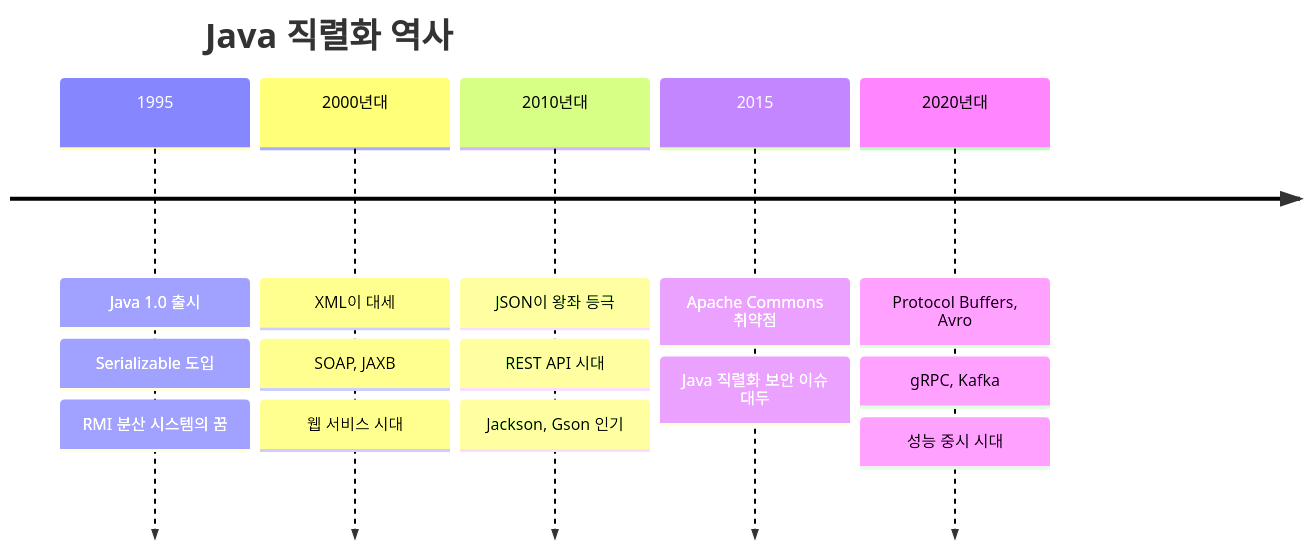
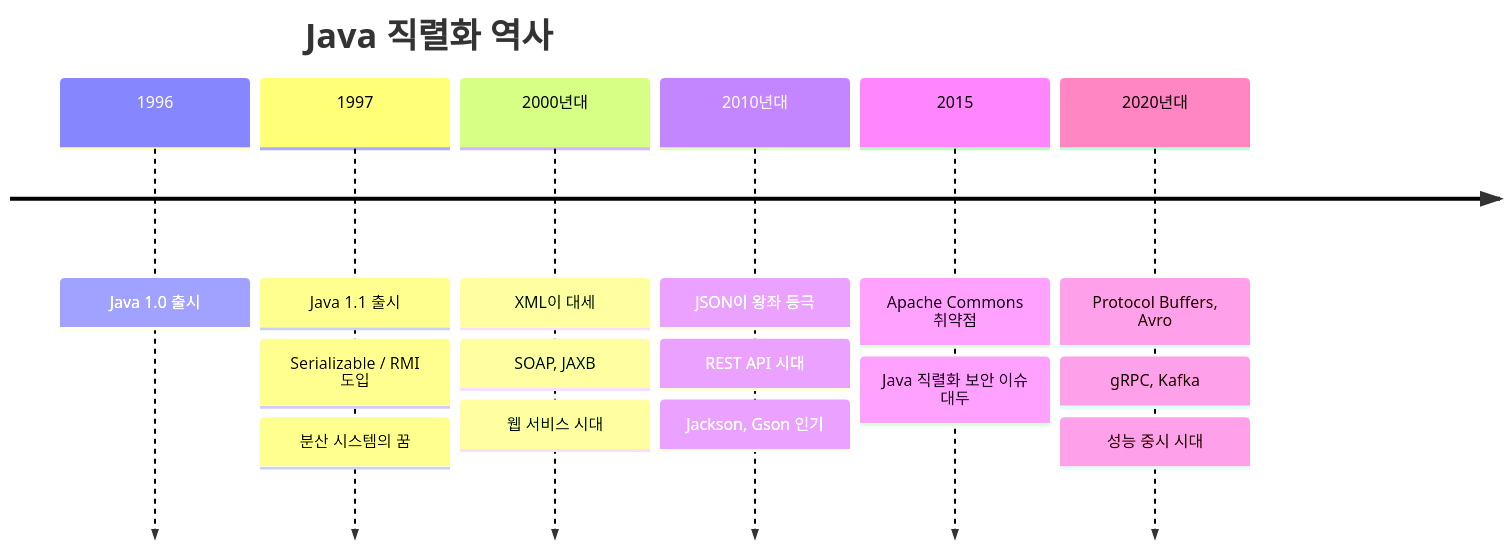
Before and after one commit to sskim91/TIL: the fourth of 4 diagrams in java/Java-객체-직렬화의-모든-것.md, drawn with Mermaid. The commit also changed other lines of this file and 10 other files, not shown here.

````diff
--- a/java/Java-객체-직렬화의-모든-것.md
+++ b/java/Java-객체-직렬화의-모든-것.md
@@ -476,18 +476,19 @@
 ```mermaid
 timeline
     title Java 직렬화 역사
-    1995 : Java 1.0 출시
-         : Serializable 도입
-         : RMI 분산 시스템의 꿈
+    1996 : Java 1.0 출시
+    1997 : Java 1.1 출시
+         : Serializable / RMI 도입
+         : 분산 시스템의 꿈
     2000년대 : XML이 대세
             : SOAP, JAXB
             : 웹 서비스 시대
     2010년대 : JSON이 왕좌 등극
             : REST API 시대
             : Jackson, Gson 인기
     2015 : Apache Commons 취약점
         : Java 직렬화 보안 이슈 대두
     2020년대 : Protocol Buffers, Avro
             : gRPC, Kafka
             : 성능 중시 시대
 ```
````
